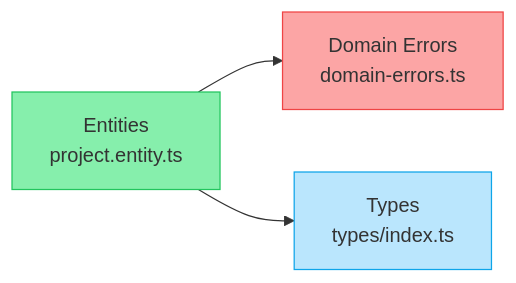
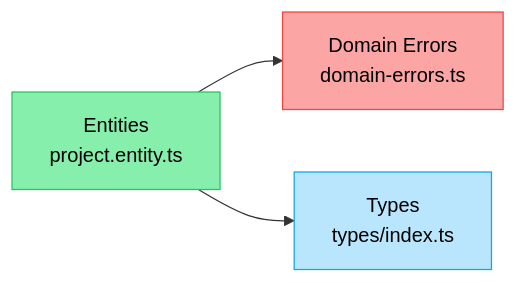
Before and after one commit to ariam711/fastify-clean-arch-api-todolist: the fifth of 12 diagrams in docs/ARCHITECTURE_GUIDE.md, drawn with Mermaid. The commit also changed other lines of this file and 1 other file, not shown here.

````diff
--- a/docs/ARCHITECTURE_GUIDE.md
+++ b/docs/ARCHITECTURE_GUIDE.md
@@ -97,13 +927,13 @@
 ```mermaid
 graph LR
     E[Entities<br/>project.entity.ts] 
     ER[Domain Errors<br/>domain-errors.ts]
     T[Types<br/>types/index.ts]
     
     E --> ER
     E --> T
     
-    style E fill:#86efac,stroke:#22c55e
-    style ER fill:#fca5a5,stroke:#ef4444
-    style T fill:#bae6fd,stroke:#0ea5e9
+    style E fill:#86efac,stroke:#22c55e,color:#000
+    style ER fill:#fca5a5,stroke:#ef4444,color:#000
+    style T fill:#bae6fd,stroke:#0ea5e9,color:#000
 ```
````
